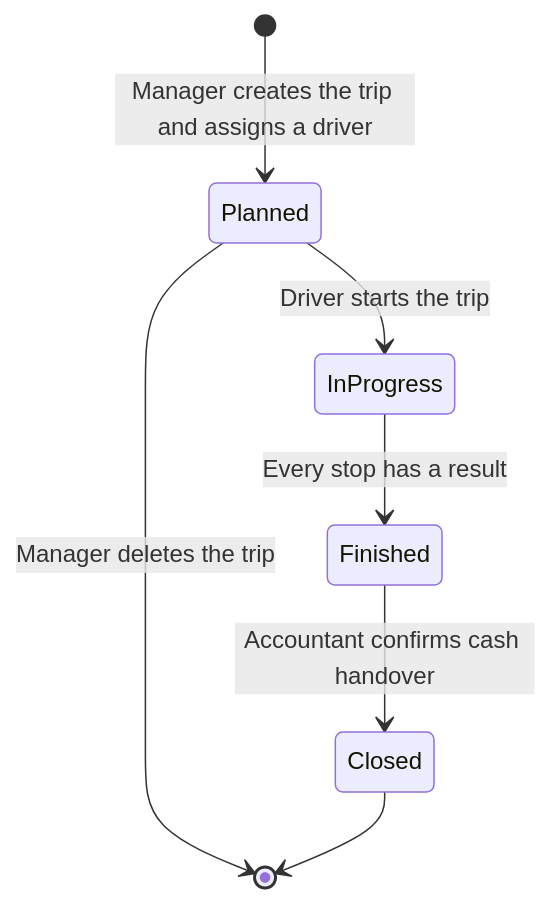
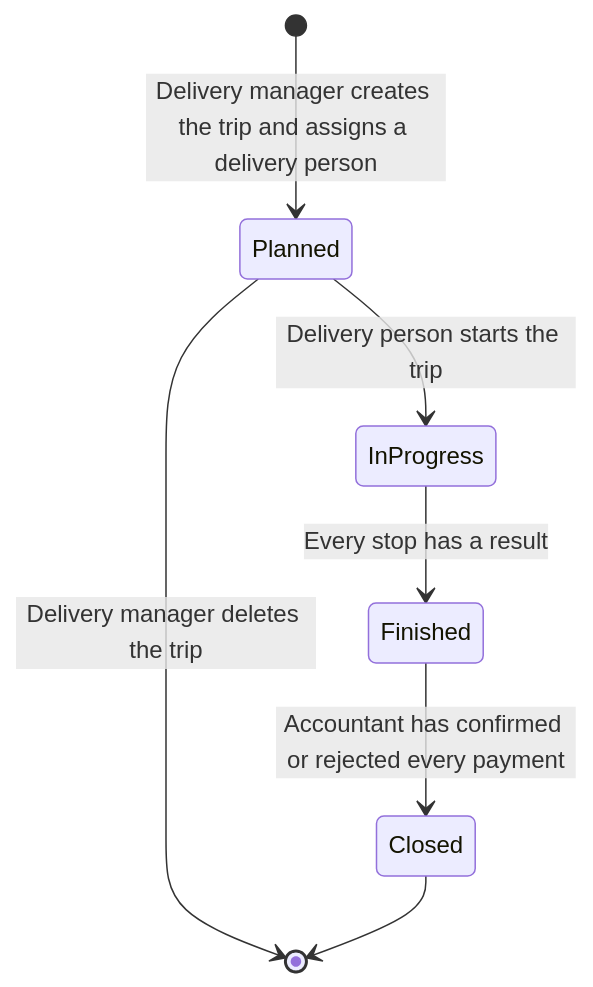
The first of 4 diagrams in docs/workflows/04-delivery.md (AhmedElnagarUU/Cosmo), drawn with Mermaid before and after one commit. The commit also changed other lines of this file and 33 other files, not shown here.

````diff
--- a/docs/workflows/04-delivery.md
+++ b/docs/workflows/04-delivery.md
@@ -5,9 +7,9 @@
 ```mermaid
 stateDiagram-v2
-    [*] --> Planned: Manager creates the trip and assigns a driver
-    Planned --> InProgress: Driver starts the trip
+    [*] --> Planned: Delivery manager creates the trip and assigns a delivery person
+    Planned --> InProgress: Delivery person starts the trip
     InProgress --> Finished: Every stop has a result
-    Finished --> Closed: Accountant confirms cash handover
-    Planned --> [*]: Manager deletes the trip
+    Finished --> Closed: Accountant has confirmed or rejected every payment
+    Planned --> [*]: Delivery manager deletes the trip
     Closed --> [*]
 ```
````
